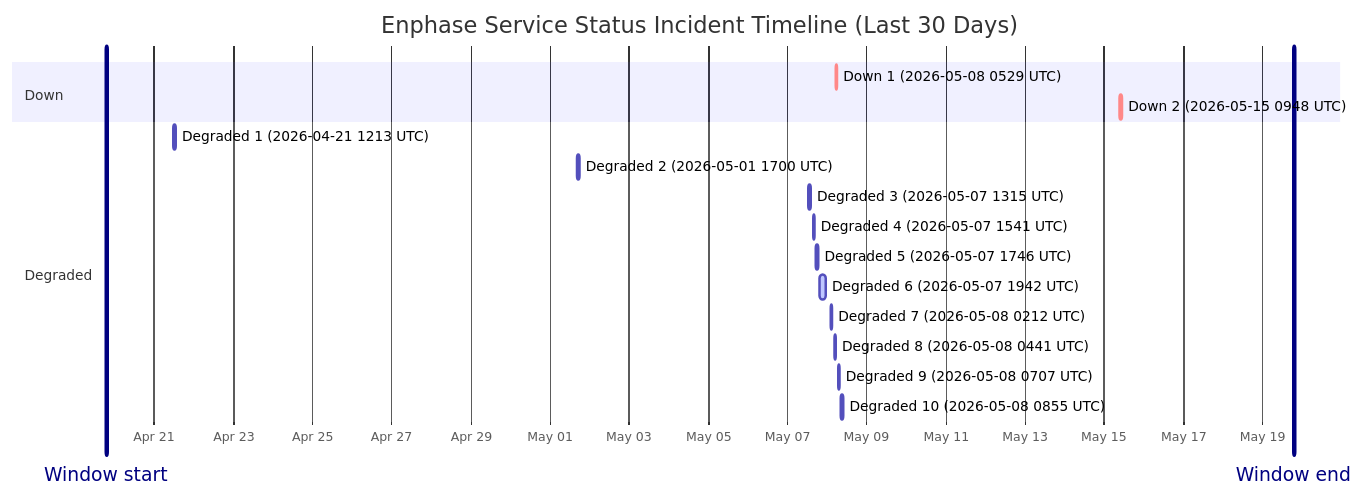
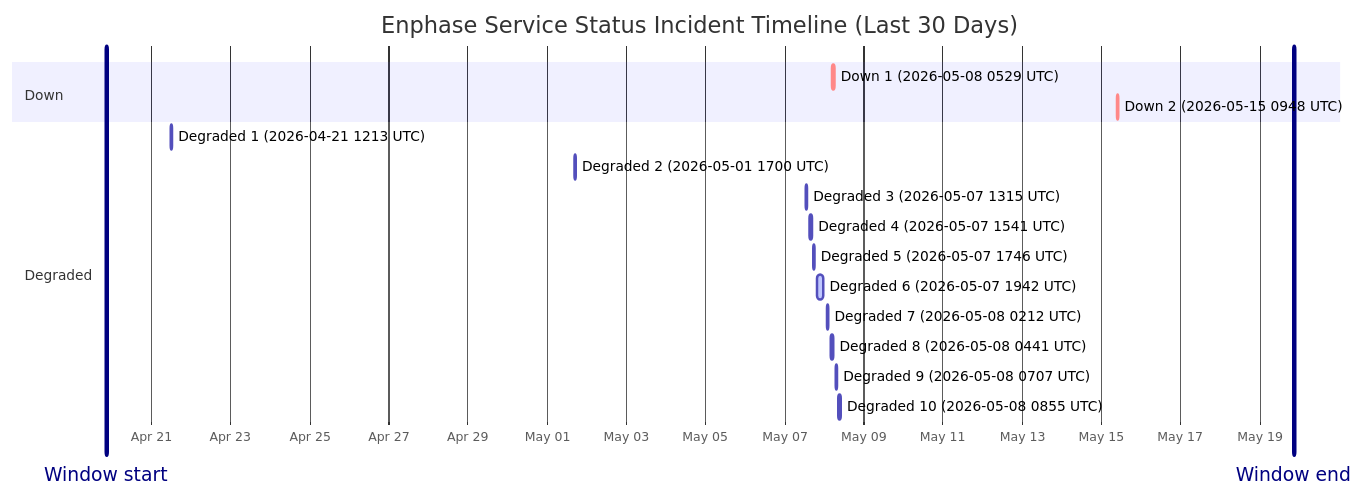
The diagram in wiki/Service-Status-History.md (barneyonline/ha-enphase-ev-charger), drawn with Mermaid before and after one commit. The commit also changed other lines of this file and 3 other files, not shown here.

````diff
--- a/wiki/Service-Status-History.md
+++ b/wiki/Service-Status-History.md
@@ -14,22 +14,22 @@
 ```mermaid
 gantt
     title Enphase Service Status Incident Timeline (Last 30 Days)
     dateFormat  YYYY-MM-DDTHH:mm:ss
     axisFormat  %b %d
-    Window start :vert, window-start, 2026-04-19T18:59:26, 0ms
-    Window end :vert, window-end, 2026-05-19T18:59:26, 0ms
+    Window start :vert, window-start, 2026-04-19T20:48:20, 0ms
+    Window end :vert, window-end, 2026-05-19T20:48:20, 0ms
     section Down
     Down 1 (2026-05-08 0529 UTC) :crit, down-1, 2026-05-08T05:29:47, 60m
     Down 2 (2026-05-15 0948 UTC) :crit, down-2, 2026-05-15T09:48:18, 60m
     section Degraded
     Degraded 1 (2026-04-21 1213 UTC) :active, degraded-1, 2026-04-21T12:13:11, 60m
     Degraded 2 (2026-05-01 1700 UTC) :active, degraded-2, 2026-05-01T17:00:22, 60m
     Degraded 3 (2026-05-07 1315 UTC) :active, degraded-3, 2026-05-07T13:15:25, 60m
     Degraded 4 (2026-05-07 1541 UTC) :active, degraded-4, 2026-05-07T15:41:58, 60m
     Degraded 5 (2026-05-07 1746 UTC) :active, degraded-5, 2026-05-07T17:46:51, 60m
     Degraded 6 (2026-05-07 1942 UTC) :active, degraded-6, 2026-05-07T19:42:10, 249m
     Degraded 7 (2026-05-08 0212 UTC) :active, degraded-7, 2026-05-08T02:12:39, 60m
     Degraded 8 (2026-05-08 0441 UTC) :active, degraded-8, 2026-05-08T04:41:46, 60m
     Degraded 9 (2026-05-08 0707 UTC) :active, degraded-9, 2026-05-08T07:07:30, 60m
     Degraded 10 (2026-05-08 0855 UTC) :active, degraded-10, 2026-05-08T08:55:20, 88m
 ```
````
